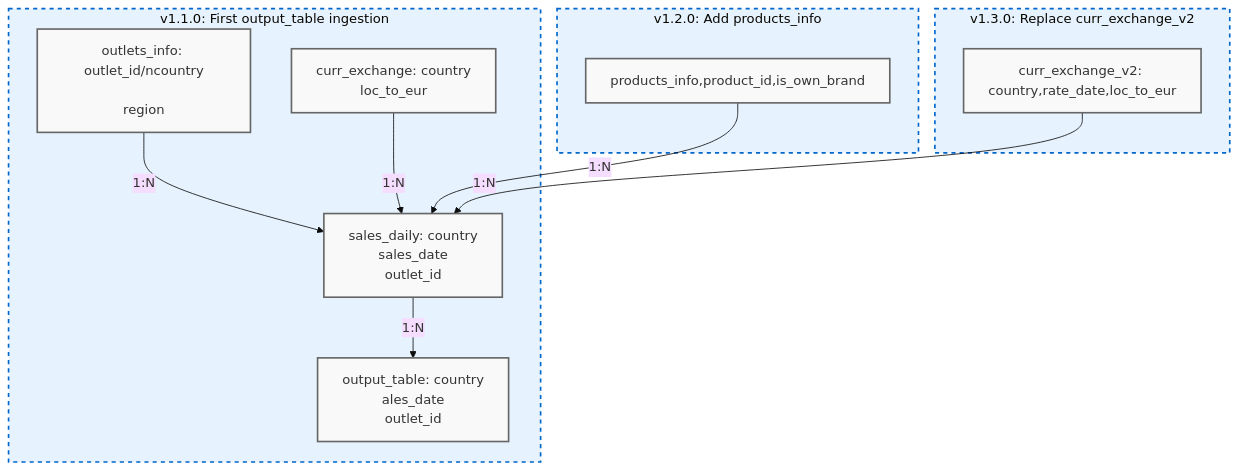
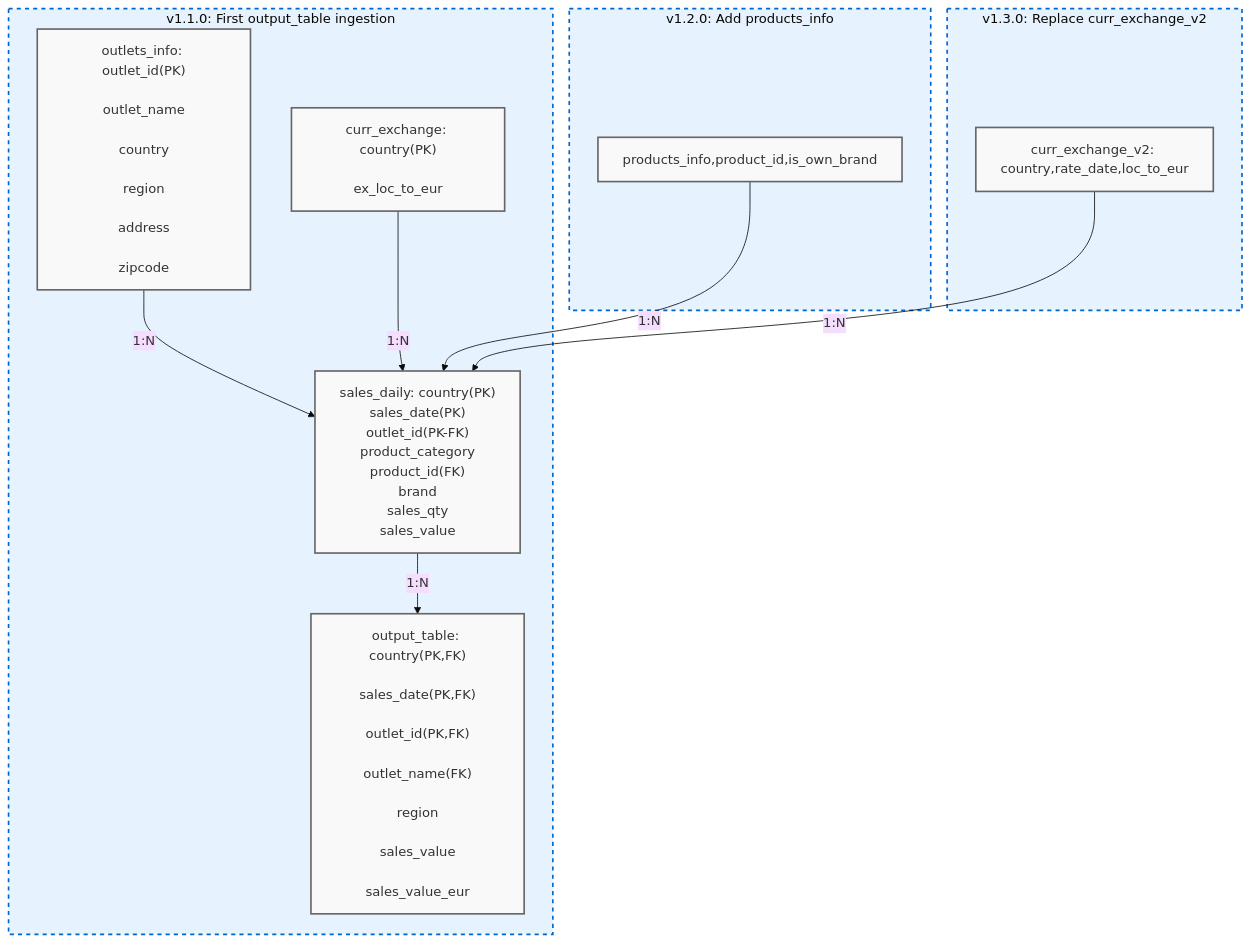
One commit to juanjoiie/Quality-Engineer-Test changed the diagram in test.md. Above: the diagram before and after it, drawn with Mermaid (base theme).

````diff
--- a/test.md
+++ b/test.md
@@ -4,34 +4,52 @@
 ```mermaid
 %% MermaidJS Diagram (renders in Markdown-compatible tools)
 flowchart TD
     %% ===== v1.1.0 =====
     subgraph v1_1_0["v1.1.0: First output_table ingestion"]
-        outlets_info["outlets_info: outlet_id/ncountry
-                                    region"]
-        curr_exchange["curr_exchange: country\nloc_to_eur"]
-        sales_daily["sales_daily: country\nsales_date\noutlet_id"]
-        output_table["output_table: country\nales_date\noutlet_id"]
+        outlets_info["outlets_info: outlet_id(PK)
+                                    outlet_name
+                                    country
+                                    region
+                                    address
+                                    zipcode"]
+        curr_exchange["curr_exchange: country(PK)
+                                      ex_loc_to_eur"]
+        sales_daily["sales_daily: country(PK)
+                                  sales_date(PK)
+                                  outlet_id(PK-FK)
+                                  product_category
+                                  product_id(FK)
+                                  brand
+                                  sales_qty
+                                  sales_value"]
+        output_table["output_table: country(PK,FK)
+                                    sales_date(PK,FK)
+                                    outlet_id(PK,FK)
+                                    outlet_name(FK)
+                                    region
+                                    sales_value
+                                    sales_value_eur"]
 
         outlets_info -->|1:N| sales_daily
         curr_exchange -->|1:N| sales_daily
         sales_daily -->|1:N| output_table
     end
 
     %% ===== v1.2.0 =====
     subgraph v1_2_0["v1.2.0: Add products_info"]
         products_info["products_info,product_id,is_own_brand"]
         products_info -->|1:N| sales_daily
     end
 
     %% ===== v1.3.0 =====
     subgraph v1_3_0["v1.3.0: Replace curr_exchange_v2"]
         curr_exchange_v2["curr_exchange_v2: country,rate_date,loc_to_eur"]
         curr_exchange_v2 -->|1:N| sales_daily
     end
 
     %% Styling
     classDef entity fill:#f9f9f9,stroke:#666,stroke-width:2px;
     classDef version fill:#e6f3ff,stroke:#0066cc,stroke-width:2px,stroke-dasharray:5;
     class outlets_info,curr_exchange,sales_daily,output_table,products_info,curr_exchange_v2 entity;
     class v1_1_0,v1_2_0,v1_3_0 version;
 ```
````
